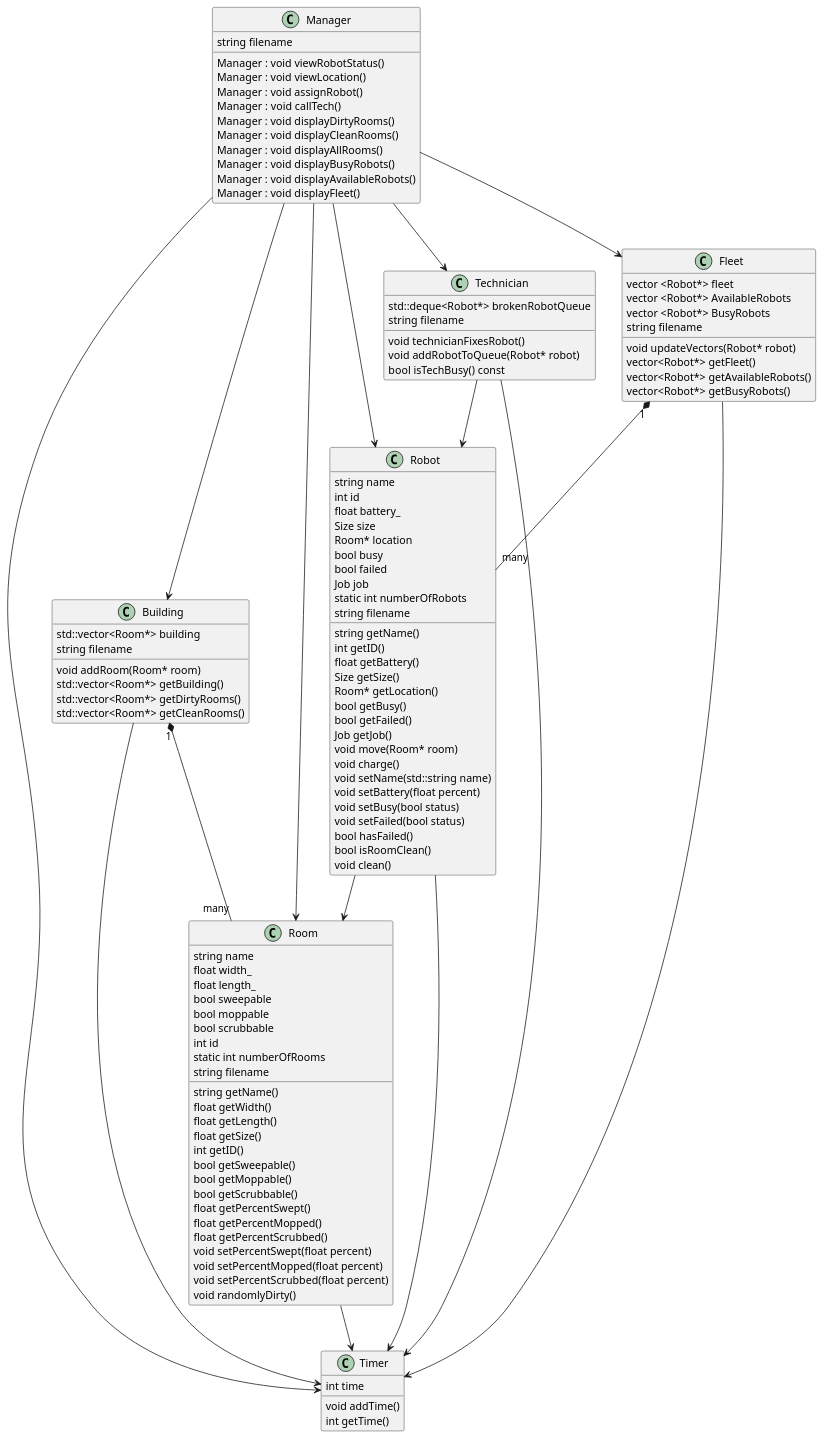
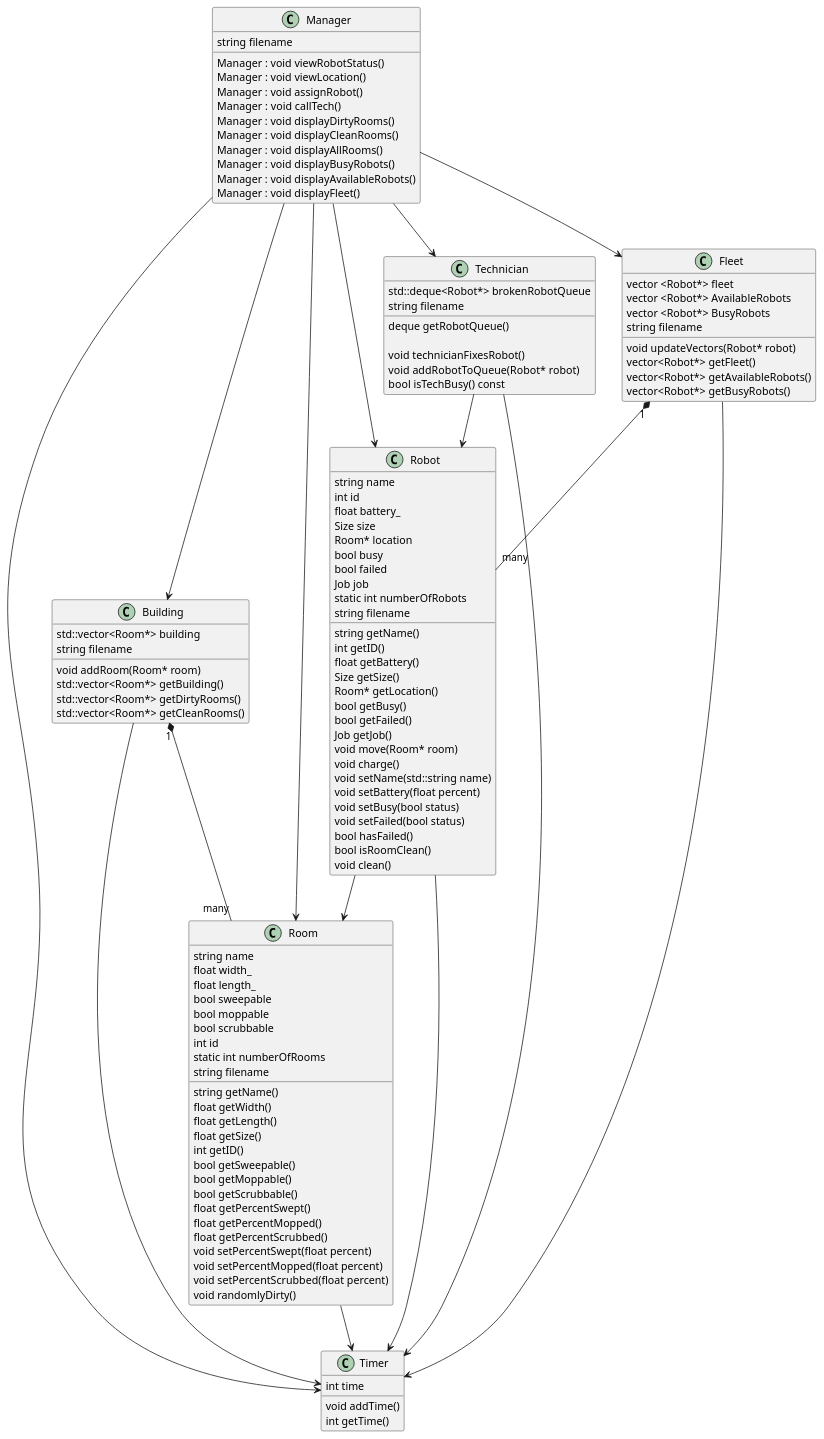
One commit to ur-cs-courses/course-project-catch-up changed the diagram in docs/design/classdiagram/ClassDiagram.puml. Above: the diagram before and after it, drawn with PlantUML.

Commit message:
update class diagram

```diff
--- a/docs/design/classdiagram/ClassDiagram.puml
+++ b/docs/design/classdiagram/ClassDiagram.puml
@@ -1,155 +1,156 @@
 @startuml Class Diagram
 
 'Manager uses Room
 Manager --> Room
 'Manager uses Robot
 Manager --> Robot
 'Manager uses Technician
 Manager --> Technician
 'Manager uses Fleet
 Manager --> Fleet
 'Manager uses Building
 Manager --> Building
 
 
-
 'Technician uses Robot
 Technician --> Robot
 'Robot uses Room
 Robot --> Room
 'One Fleet contains many robots
 Fleet "1" *-- "many" Robot
 'One Building contains many Rooms
 Building "1" *-- "many" Room
+
 
 'Manager uses Timer
 Manager --> Timer
 'Technician uses Timer
 Technician --> Timer
 'Fleet uses Timer
 Fleet --> Timer
 'Building uses Timer
 Building --> Timer
 'Robot uses Timer
 Robot --> Timer
 'Room uses Timer
 Room --> Timer
 
 
 class Manager{
 string filename
 
 Manager : void viewRobotStatus()
 Manager : void viewLocation()
 Manager : void assignRobot()
 Manager : void callTech()
 Manager : void displayDirtyRooms()
 Manager : void displayCleanRooms()
 Manager : void displayAllRooms()
 Manager : void displayBusyRobots()
 Manager : void displayAvailableRobots()
 Manager : void displayFleet()
 }
 
 class Room{
 string name
 float width_
 float length_
 bool sweepable
 bool moppable
 bool scrubbable
 int id
 static int numberOfRooms
 string filename
 
 string getName()
 float getWidth()
 float getLength()
 float getSize()
 int getID()
 bool getSweepable()
 bool getMoppable()
 bool getScrubbable()
 float getPercentSwept()
 float getPercentMopped()
 float getPercentScrubbed()
 void setPercentSwept(float percent)
 void setPercentMopped(float percent)
 void setPercentScrubbed(float percent)
 void randomlyDirty()
 }
 
 class Robot{
 string name
 int id
 float battery_
 Size size
 Room* location
 bool busy
 bool failed
 Job job
 static int numberOfRobots
 string filename
 
 string getName()
 int getID()
 float getBattery()
 Size getSize()
 Room* getLocation()
 bool getBusy()
 bool getFailed()
 Job getJob()
 void move(Room* room)
 void charge()
 void setName(std::string name)
 void setBattery(float percent)
 void setBusy(bool status)
 void setFailed(bool status)
 bool hasFailed()
 bool isRoomClean()
 void clean()
 }
 
 class Fleet{
       vector <Robot*> fleet
       vector <Robot*> AvailableRobots
       vector <Robot*> BusyRobots
       string filename
 
       void updateVectors(Robot* robot)
       vector<Robot*> getFleet()
       vector<Robot*> getAvailableRobots()
       vector<Robot*> getBusyRobots()
 
 }
 
 class Technician{
     std::deque<Robot*> brokenRobotQueue
     string filename
+    deque getRobotQueue()
 
     void technicianFixesRobot()
     void addRobotToQueue(Robot* robot)
     bool isTechBusy() const
 
 }
 
 class Building{
     std::vector<Room*> building
     string filename
 
     void addRoom(Room* room)
     std::vector<Room*> getBuilding()
     std::vector<Room*> getDirtyRooms()
     std::vector<Room*> getCleanRooms()
 }
 
 class Timer{
     int time
 
     void addTime()
     int getTime()
 }
 
 
 
 @enduml
```
